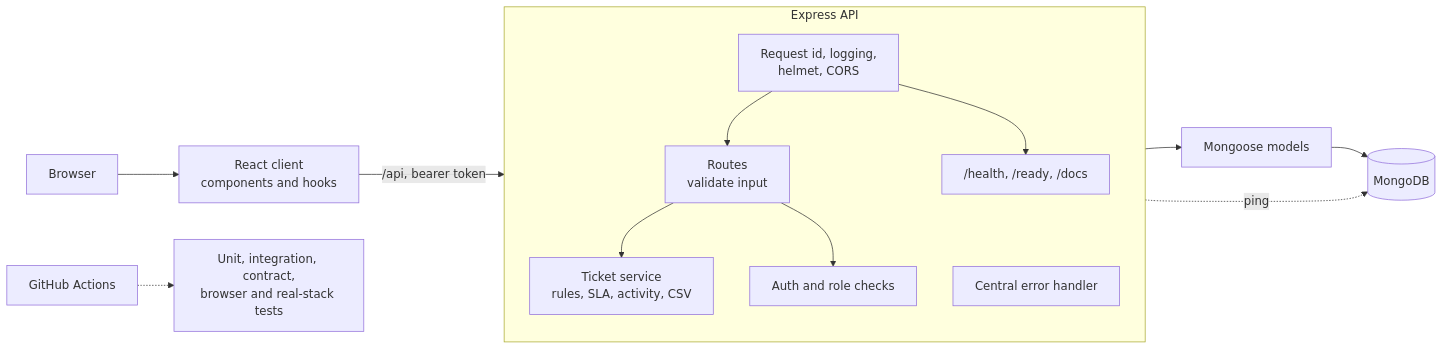
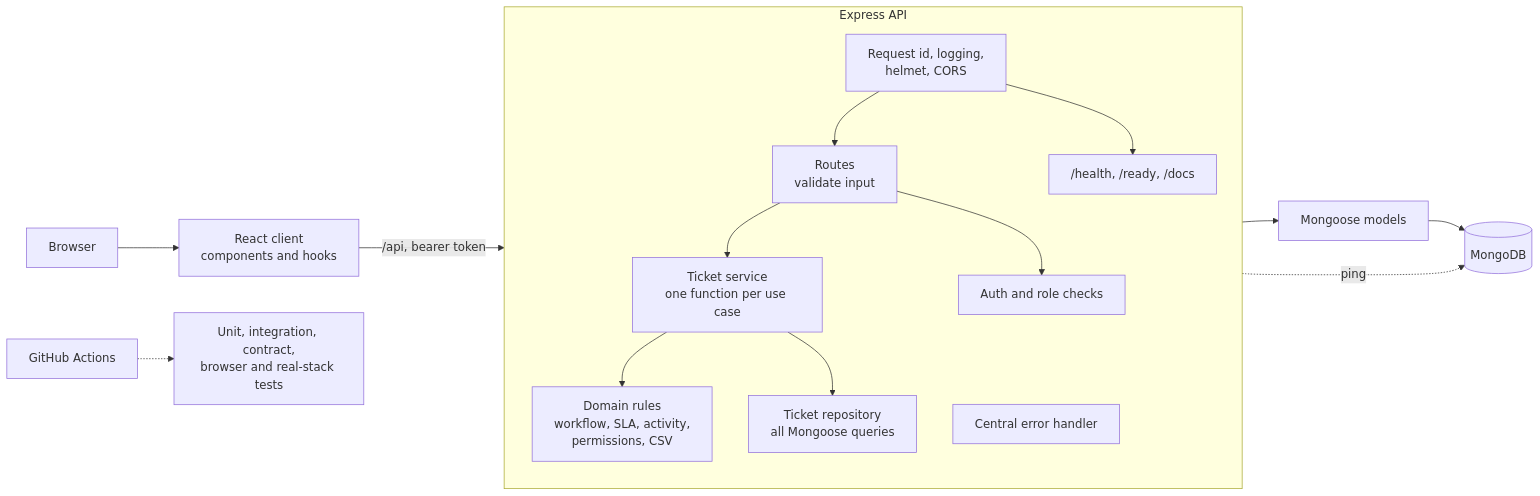
One commit to proyneon-hub/it-ticketing-system changed the first of 2 diagrams in docs/ARCHITECTURE.md. Above: the diagram before and after it, drawn with Mermaid. The commit also changed other lines of this file and 7 other files, not shown here.

First line of the commit message:
test(api): guard the OpenAPI request bodies against the Zod schemas, add a coverage badge

````diff
--- a/docs/ARCHITECTURE.md
+++ b/docs/ARCHITECTURE.md
@@ -7,19 +7,21 @@
 ```mermaid
 flowchart LR
   User[Browser] --> Client[React client<br/>components and hooks]
   Client -->|/api, bearer token| Edge
 
   subgraph API[Express API]
     direction TB
     Edge[Request id, logging,<br/>helmet, CORS] --> Routes[Routes<br/>validate input]
-    Routes --> Services[Ticket service<br/>rules, SLA, activity, CSV]
+    Routes --> Services[Ticket service<br/>one function per use case]
     Routes --> Auth[Auth and role checks]
+    Services --> Domain[Domain rules<br/>workflow, SLA, activity,<br/>permissions, CSV]
+    Services --> Repo[Ticket repository<br/>all Mongoose queries]
     Edge --> Ops["/health, /ready, /docs"]
     Errors[Central error handler]
   end
 
-  Services --> Models[Mongoose models]
+  Repo --> Models[Mongoose models]
   Models --> DB[(MongoDB)]
   Ops -.->|ping| DB
   CI[GitHub Actions] -.-> Tests[Unit, integration, contract,<br/>browser and real-stack tests]
 ```
````
